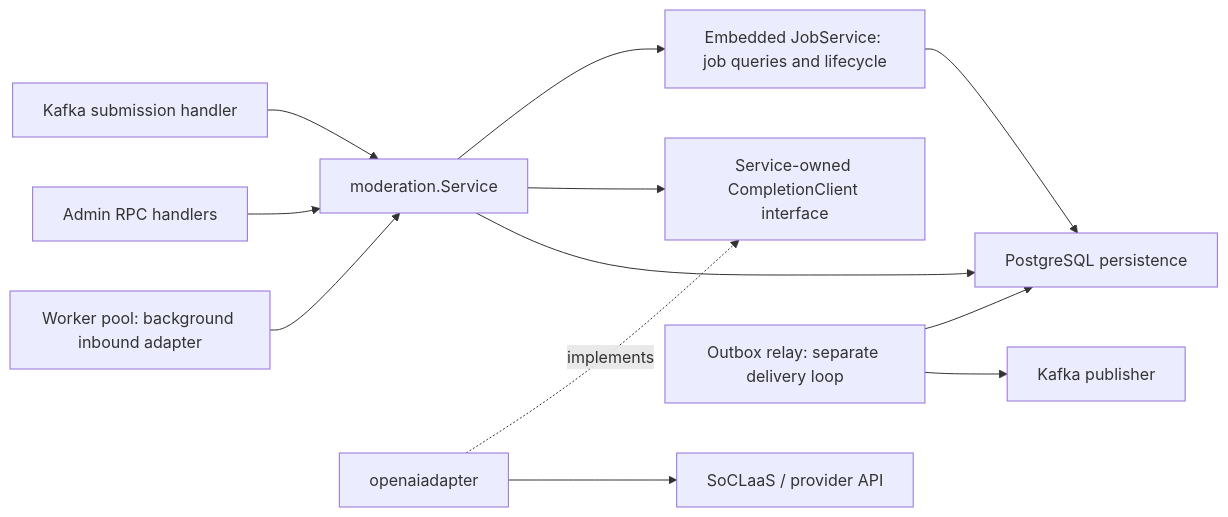
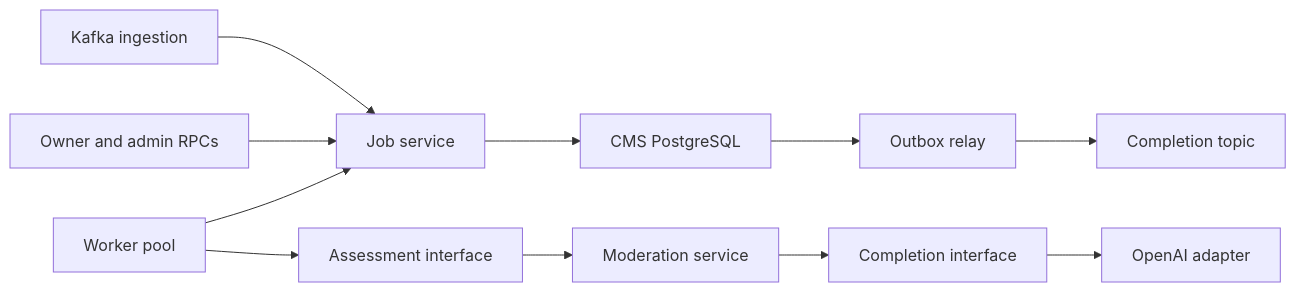
The diagram in docs/adr/review-content-moderation.md (AY2627S1-CS3219-P1/FoC), drawn with Mermaid before and after one commit. The commit also changed other lines of this file and 74 other files, not shown here.

Commit message:
refactor(moderation): use runtime settings and separate durable jobs

````diff
--- a/docs/adr/review-content-moderation.md
+++ b/docs/adr/review-content-moderation.md
@@ -66,14 +40,13 @@
 ```mermaid
 flowchart LR
-    K[Kafka submission handler] --> S[moderation.Service]
-    R[Admin RPC handlers] --> S
-    W[Worker pool: background inbound adapter] --> S
-    S --> J[Embedded JobService: job queries and lifecycle]
-    S --> C[Service-owned CompletionClient interface]
-    A[openaiadapter] -. implements .-> C
-    A --> P[SoCLaaS / provider API]
-    S --> D[PostgreSQL persistence]
-    J --> D
-    O[Outbox relay: separate delivery loop] --> D
-    O --> KP[Kafka publisher]
+    K[Kafka ingestion] --> J[Job service]
+    R[Owner and admin RPCs] --> J
+    W[Worker pool] --> J
+    W --> M[Assessment interface]
+    M --> A[Moderation service]
+    A --> P[Completion interface]
+    P --> O[OpenAI adapter]
+    J --> D[CMS PostgreSQL]
+    D --> X[Outbox relay]
+    X --> F[Completion topic]
 ```
````
